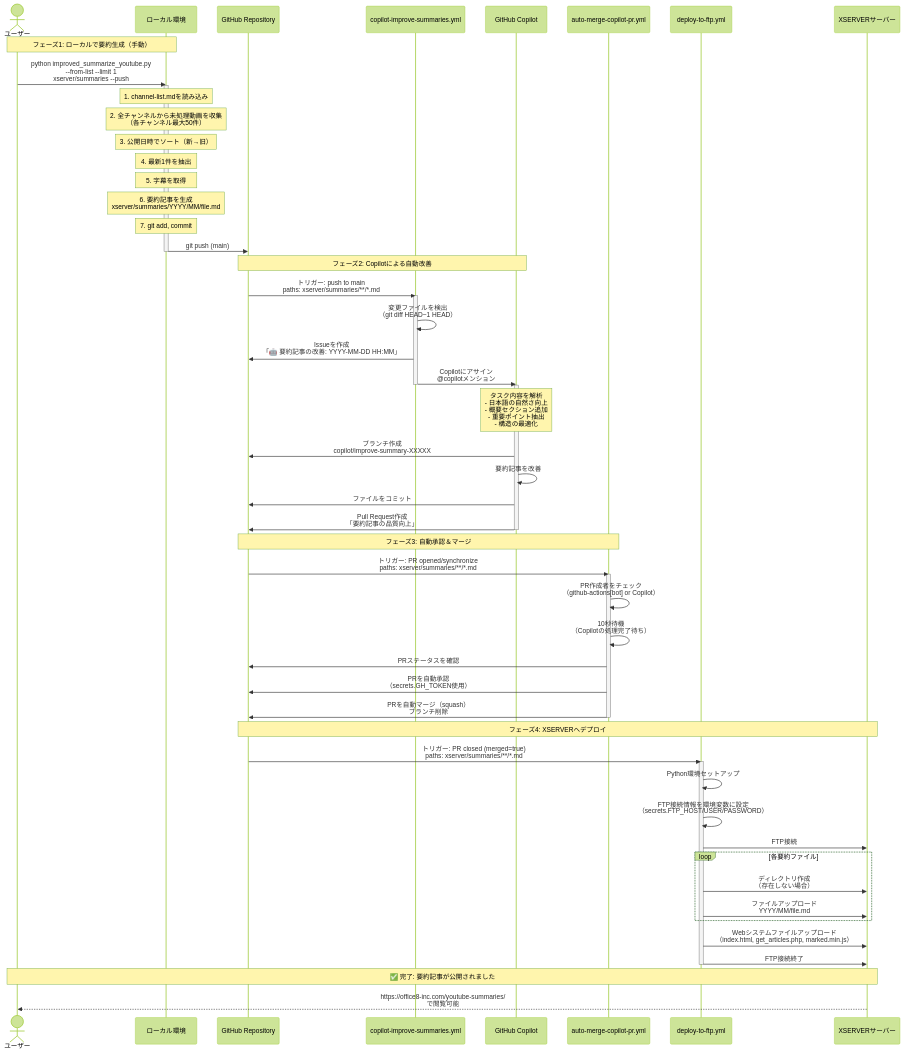
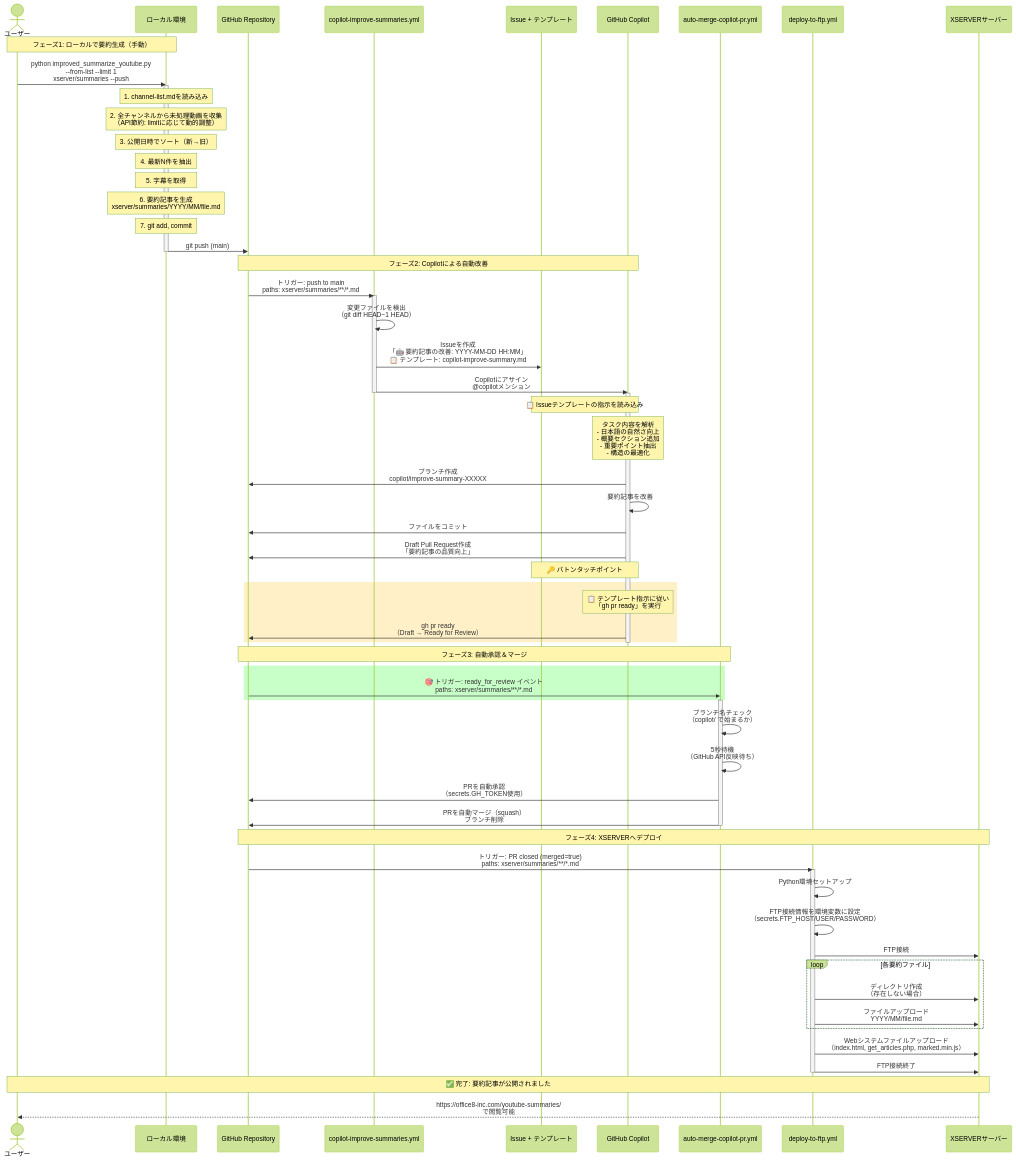
Before and after one commit to office8-inc/youtube-summaries: the diagram in .github/sequence-diagram.md, drawn with Mermaid (forest theme). The commit also changed other lines of this file and 2 other files, not shown here.

```diff
--- a/.github/sequence-diagram.md
+++ b/.github/sequence-diagram.md
@@ -6,6 +6,7 @@
     participant Local as ローカル環境
     participant GitHub as GitHub Repository
     participant GHA1 as copilot-improve-summaries.yml
+    participant Issue as Issue + テンプレート
     participant Copilot as GitHub Copilot
     participant GHA2 as auto-merge-copilot-pr.yml
     participant GHA3 as deploy-to-ftp.yml
@@ -17,9 +18,9 @@
     
     activate Local
     Note over Local: 1. channel-list.mdを読み込み
-    Note over Local: 2. 全チャンネルから未処理動画を収集<br/>（各チャンネル最大50件）
+    Note over Local: 2. 全チャンネルから未処理動画を収集<br/>（API節約: limitに応じて動的調整）
     Note over Local: 3. 公開日時でソート（新→旧）
-    Note over Local: 4. 最新1件を抽出
+    Note over Local: 4. 最新N件を抽出
     Note over Local: 5. 字幕を取得
     Note over Local: 6. 要約記事を生成<br/>xserver/summaries/YYYY/MM/file.md
     Note over Local: 7. git add, commit
@@ -32,27 +33,35 @@
     activate GHA1
     
     GHA1->>GHA1: 変更ファイルを検出<br/>（git diff HEAD~1 HEAD）
-    GHA1->>GitHub: Issueを作成<br/>「🤖 要約記事の改善: YYYY-MM-DD HH:MM」
+    GHA1->>Issue: Issueを作成<br/>「🤖 要約記事の改善: YYYY-MM-DD HH:MM」<br/>📋 テンプレート: copilot-improve-summary.md
     GHA1->>Copilot: Copilotにアサイン<br/>@copilotメンション
     deactivate GHA1
     
     activate Copilot
+    Note over Issue,Copilot: 📋 Issueテンプレートの指示を読み込み
     Note over Copilot: タスク内容を解析<br/>- 日本語の自然さ向上<br/>- 概要セクション追加<br/>- 重要ポイント抽出<br/>- 構造の最適化
     
     Copilot->>GitHub: ブランチ作成<br/>copilot/improve-summary-XXXXX
     Copilot->>Copilot: 要約記事を改善
     Copilot->>GitHub: ファイルをコミット
-    Copilot->>GitHub: Pull Request作成<br/>「要約記事の品質向上」
+    Copilot->>GitHub: Draft Pull Request作成<br/>「要約記事の品質向上」
+    
+    Note over Issue,Copilot: 🔑 バトンタッチポイント
+    rect rgb(255, 240, 200)
+        Note over Copilot: 📋 テンプレート指示に従い<br/>「gh pr ready」を実行
+        Copilot->>GitHub: gh pr ready<br/>（Draft → Ready for Review）
+    end
     deactivate Copilot
     
     %% フェーズ3: 自動承認とマージ
     Note over GitHub,GHA2: フェーズ3: 自動承認＆マージ
-    GitHub->>GHA2: トリガー: PR opened/synchronize<br/>paths: xserver/summaries/**/*.md
+    rect rgb(200, 255, 200)
+        GitHub->>GHA2: 🎯 トリガー: ready_for_review イベント<br/>paths: xserver/summaries/**/*.md
+    end
     activate GHA2
     
-    GHA2->>GHA2: PR作成者をチェック<br/>（github-actions[bot] or Copilot）
-    GHA2->>GHA2: 10秒待機<br/>（Copilotの処理完了待ち）
-    GHA2->>GitHub: PRステータスを確認
+    GHA2->>GHA2: ブランチ名チェック<br/>（copilot/ で始まるか）
+    GHA2->>GHA2: 5秒待機<br/>（GitHub API反映待ち）
     GHA2->>GitHub: PRを自動承認<br/>（secrets.GH_TOKEN使用）
     GHA2->>GitHub: PRを自動マージ（squash）<br/>ブランチ削除
     deactivate GHA2
```
